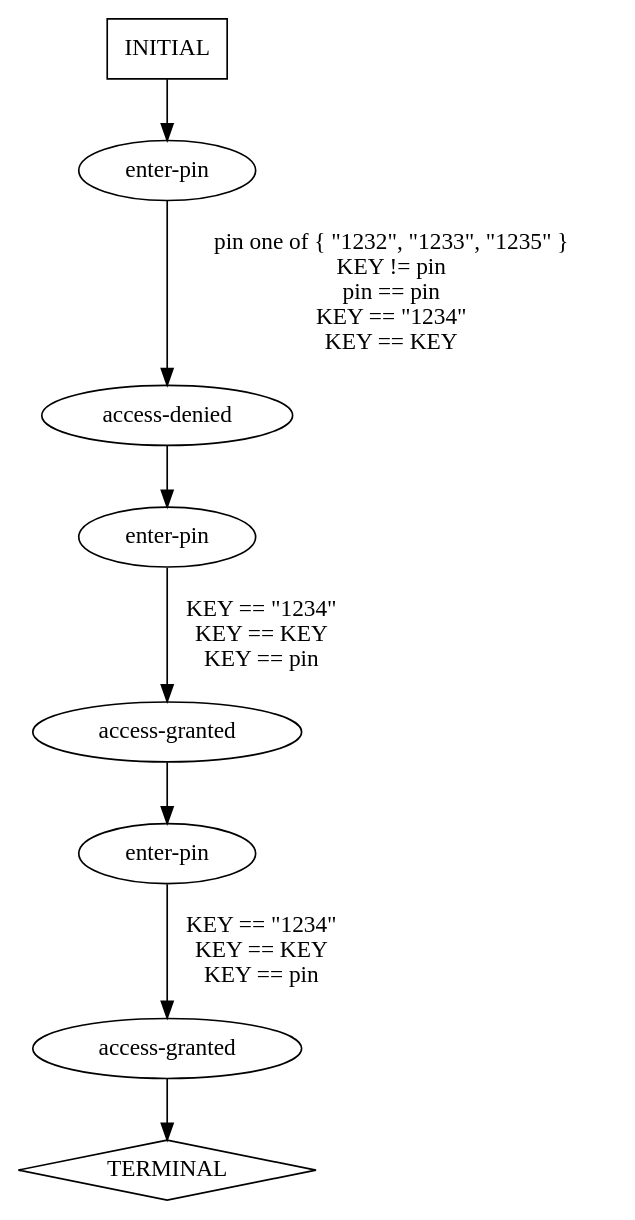
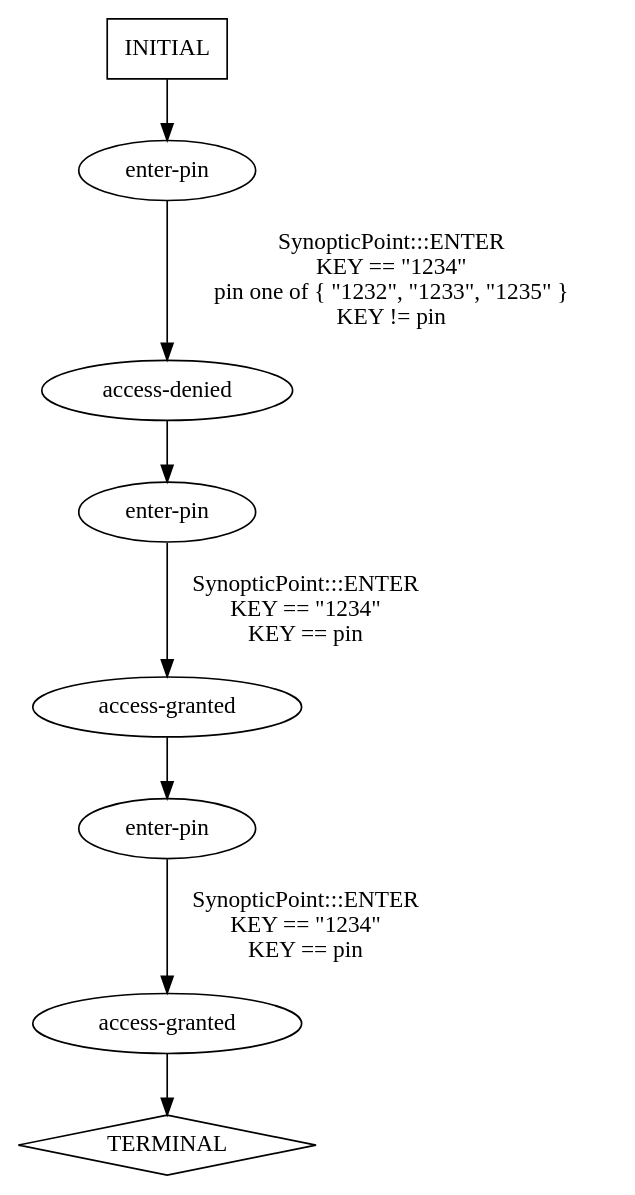
One commit to ModelInference/synoptic changed the diagram in traces/abstract/verify-pin/predicted-paths/verify-pin-test1.dot. Above: the diagram before and after it, drawn with Graphviz. The commit also changed 73 other files, not shown here.

```diff
--- a/traces/abstract/verify-pin/predicted-paths/verify-pin-test1.dot
+++ b/traces/abstract/verify-pin/predicted-paths/verify-pin-test1.dot
@@ -1,17 +1,17 @@
 digraph {
   0 [label="access-denied"];
   1 [label="access-granted"];
   2 [label="access-granted"];
   3 [label="enter-pin"];
   4 [label="enter-pin"];
   5 [label="enter-pin"];
   6 [label="TERMINAL",shape=diamond];
   7 [label="INITIAL",shape=box];
 0->4 [label="",];
 1->5 [label="",];
 2->6 [label="",];
-3->0 [label="pin one of { \"1232\", \"1233\", \"1235\" }\nKEY != pin\npin == pin\nKEY == \"1234\"\nKEY == KEY",];
-4->1 [label="KEY == \"1234\"\nKEY == KEY\nKEY == pin",];
-5->2 [label="KEY == \"1234\"\nKEY == KEY\nKEY == pin",];
+3->0 [label="SynopticPoint:::ENTER\nKEY == \"1234\"\npin one of { \"1232\", \"1233\", \"1235\" }\nKEY != pin\n",];
+4->1 [label="SynopticPoint:::ENTER\nKEY == \"1234\"\nKEY == pin\n",];
+5->2 [label="SynopticPoint:::ENTER\nKEY == \"1234\"\nKEY == pin\n",];
 7->3 [label="",];
 } // digraph {
```
